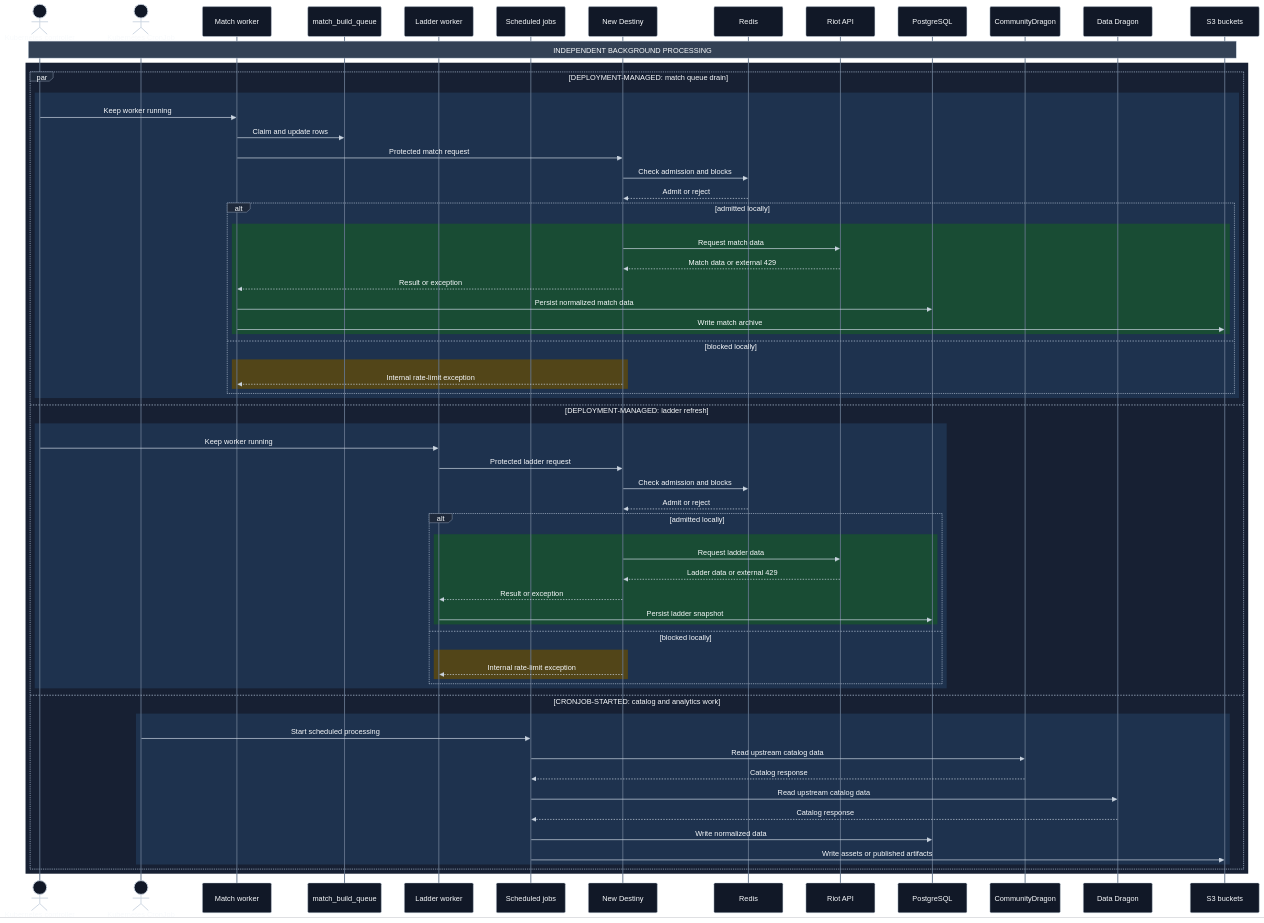
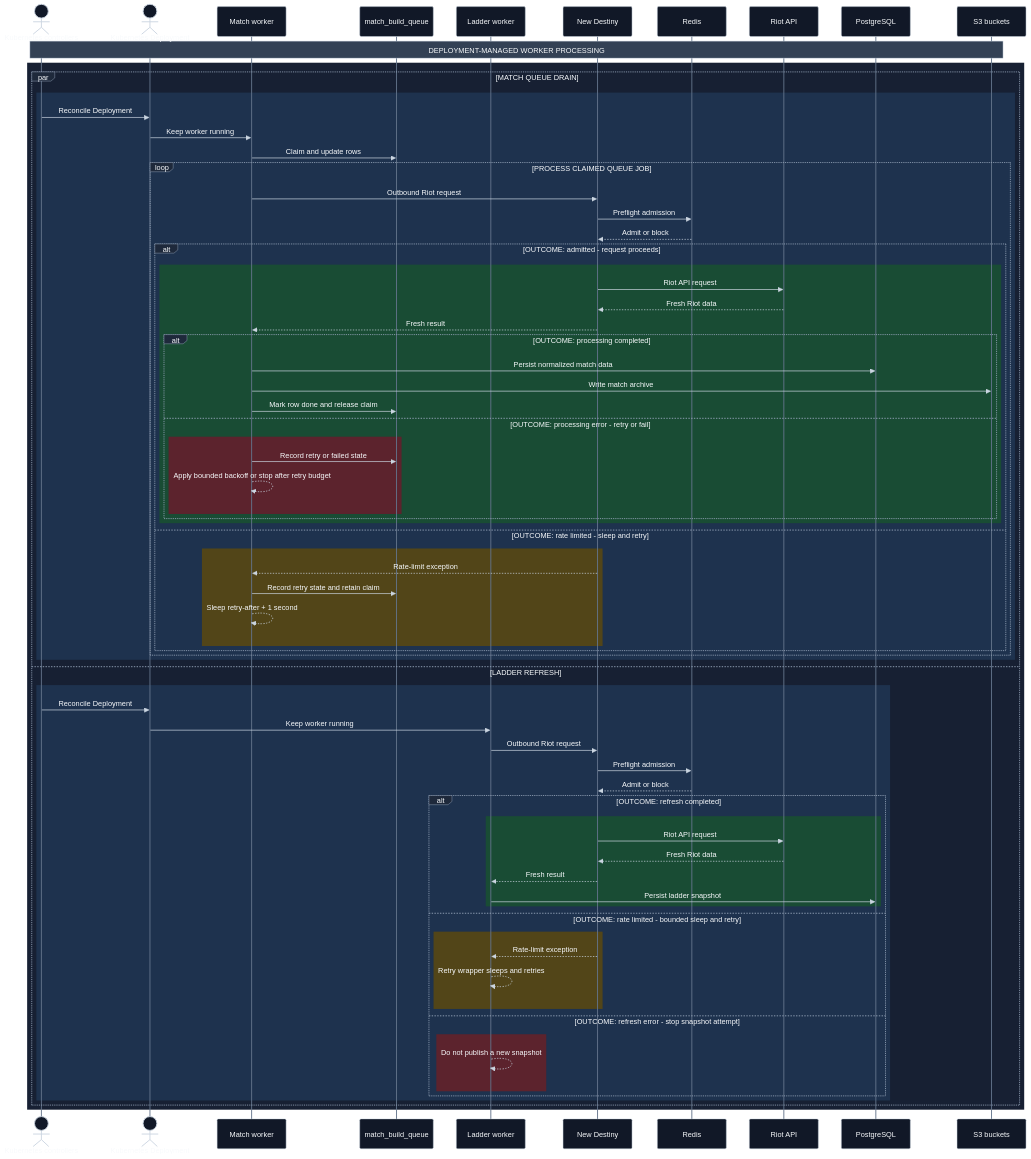
The seventh of 8 diagrams in docs/backend-runtime.md (winrates-gg/wrgg-public-documentation), drawn with Mermaid before and after one commit. The commit also changed other lines of this file, not shown here.

Commit message:
Tightend up background processing process flow diagrams

````diff
--- a/docs/backend-runtime.md
+++ b/docs/backend-runtime.md
@@ -370,72 +429,78 @@
 ```mermaid
 %%{init: {"theme": "base", "themeVariables": {"background": "#0f172a", "primaryColor": "#172033", "primaryTextColor": "#f8fafc", "primaryBorderColor": "#94a3b8", "lineColor": "#cbd5e1", "actorBkg": "#111827", "actorBorder": "#cbd5e1", "actorTextColor": "#f8fafc", "actorLineColor": "#64748b", "signalColor": "#cbd5e1", "signalTextColor": "#f8fafc", "labelBoxBkgColor": "#1e293b", "labelBoxBorderColor": "#94a3b8", "labelTextColor": "#f8fafc", "noteBkgColor": "#334155", "noteBorderColor": "#cbd5e1", "noteTextColor": "#f8fafc"}}}%%
 sequenceDiagram
-    actor Controller as Kubernetes controller
-    actor Cron as Kubernetes CronJob
+    actor Controller as Kubernetes controllers
+    actor Deployment as Kubernetes Deployment
     participant MatchWorker as Match worker
     participant Queue as match_build_queue
     participant LadderWorker as Ladder worker
-    participant Jobs as Scheduled jobs
     participant ND as New Destiny
     participant Redis as Redis
     participant Riot as Riot API
     participant DB as PostgreSQL
-    participant CDragon as CommunityDragon
-    participant DDragon as Data Dragon
     participant S3 as S3 buckets
 
-    Note over Controller,S3: INDEPENDENT BACKGROUND PROCESSING
+    Note over Controller,S3: DEPLOYMENT-MANAGED WORKER PROCESSING
     rect rgb(23, 32, 51)
-        par DEPLOYMENT-MANAGED: match queue drain
+        par MATCH QUEUE DRAIN
             rect rgb(30, 50, 78)
-                Controller->>MatchWorker: Keep worker running
+                Controller->>Deployment: Reconcile Deployment
+                Deployment->>MatchWorker: Keep worker running
                 MatchWorker->>Queue: Claim and update rows
-                MatchWorker->>ND: Protected match request
-                ND->>Redis: Check admission and blocks
-                Redis-->>ND: Admit or reject
-                alt admitted locally
-                    rect rgb(25, 76, 52)
-                        ND->>Riot: Request match data
-                        Riot-->>ND: Match data or external 429
-                        ND-->>MatchWorker: Result or exception
-                        MatchWorker->>DB: Persist normalized match data
-                        MatchWorker->>S3: Write match archive
-                    end
-                else blocked locally
-                    rect rgb(82, 69, 24)
-                        ND-->>MatchWorker: Internal rate-limit exception
+                loop PROCESS CLAIMED QUEUE JOB
+                    MatchWorker->>ND: Outbound Riot request
+                    ND->>Redis: Preflight admission
+                    Redis-->>ND: Admit or block
+                    alt OUTCOME: admitted - request proceeds
+                        rect rgb(25, 76, 52)
+                            ND->>Riot: Riot API request
+                            Riot-->>ND: Fresh Riot data
+                            ND-->>MatchWorker: Fresh result
+                            alt OUTCOME: processing completed
+                                MatchWorker->>DB: Persist normalized match data
+                                MatchWorker->>S3: Write match archive
+                                MatchWorker->>Queue: Mark row done and release claim
+                            else OUTCOME: processing error - retry or fail
+                                rect rgb(92, 35, 45)
+                                    MatchWorker->>Queue: Record retry or failed state
+                                    MatchWorker-->>MatchWorker: Apply bounded backoff or stop after retry budget
+                                end
+                            end
+                        end
+                    else OUTCOME: rate limited - sleep and retry
+                        rect rgb(82, 69, 24)
+                            ND-->>MatchWorker: Rate-limit exception
+                            MatchWorker->>Queue: Record retry state and retain claim
+                            MatchWorker-->>MatchWorker: Sleep retry-after + 1 second
+                        end
                     end
                 end
             end
-        and DEPLOYMENT-MANAGED: ladder refresh
+        and LADDER REFRESH
             rect rgb(30, 50, 78)
-                Controller->>LadderWorker: Keep worker running
-                LadderWorker->>ND: Protected ladder request
-                ND->>Redis: Check admission and blocks
-                Redis-->>ND: Admit or reject
-                alt admitted locally
+                Controller->>Deployment: Reconcile Deployment
+                Deployment->>LadderWorker: Keep worker running
+                LadderWorker->>ND: Outbound Riot request
+                ND->>Redis: Preflight admission
+                Redis-->>ND: Admit or block
+                alt OUTCOME: refresh completed
                     rect rgb(25, 76, 52)
-                        ND->>Riot: Request ladder data
-                        Riot-->>ND: Ladder data or external 429
-                        ND-->>LadderWorker: Result or exception
+                        ND->>Riot: Riot API request
+                        Riot-->>ND: Fresh Riot data
+                        ND-->>LadderWorker: Fresh result
                         LadderWorker->>DB: Persist ladder snapshot
                     end
-                else blocked locally
+                else OUTCOME: rate limited - bounded sleep and retry
                     rect rgb(82, 69, 24)
-                        ND-->>LadderWorker: Internal rate-limit exception
+                        ND-->>LadderWorker: Rate-limit exception
+                        LadderWorker-->>LadderWorker: Retry wrapper sleeps and retries
+                    end
+                else OUTCOME: refresh error - stop snapshot attempt
+                    rect rgb(92, 35, 45)
+                        LadderWorker-->>LadderWorker: Do not publish a new snapshot
                     end
                 end
-            end
-        and CRONJOB-STARTED: catalog and analytics work
-            rect rgb(30, 50, 78)
-                Cron->>Jobs: Start scheduled processing
-                Jobs->>CDragon: Read upstream catalog data
-                CDragon-->>Jobs: Catalog response
-                Jobs->>DDragon: Read upstream catalog data
-                DDragon-->>Jobs: Catalog response
-                Jobs->>DB: Write normalized data
-                Jobs->>S3: Write assets or published artifacts
             end
         end
     end
 ```
````
